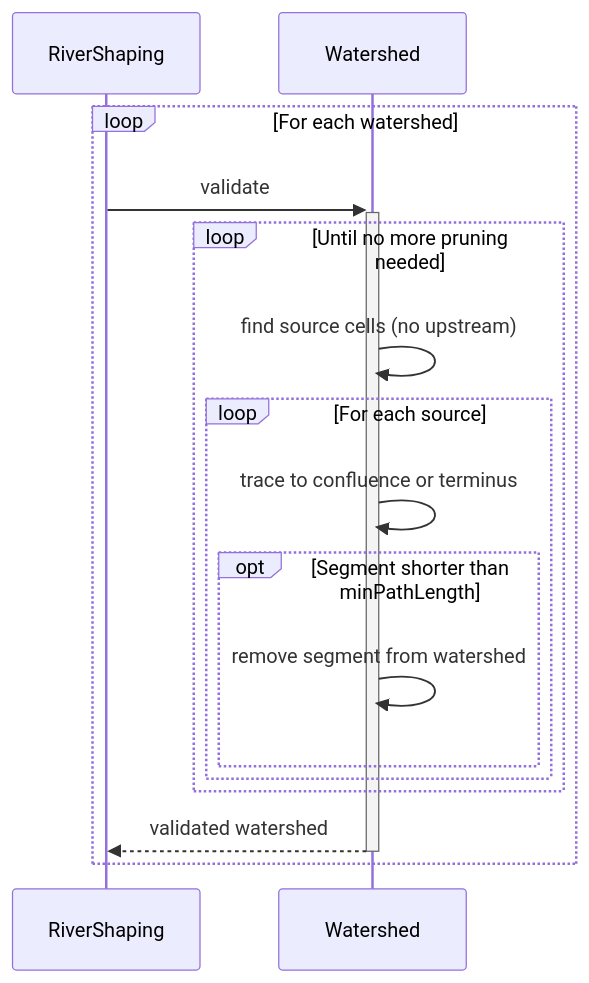
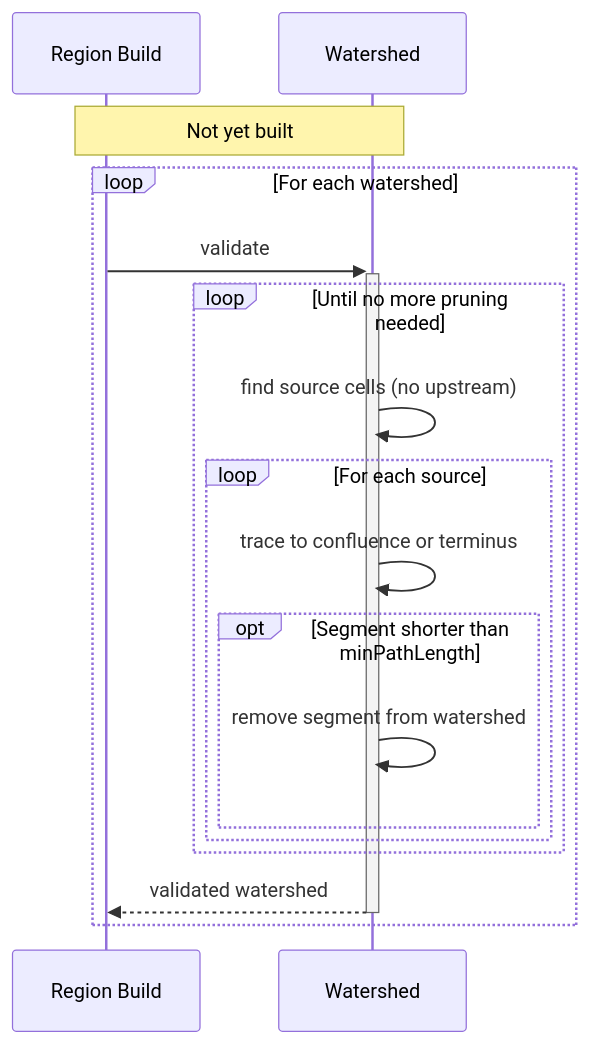
Diagram 15 of 22 in docs/features/rivers/Rough Diagrams.md (SoSly/RiverTale), drawn with Mermaid before and after one commit. The commit also changed other lines of this file and 33 other files, not shown here.

Commit message:
docs: replace stale feature docs with an accurate rough diagrams map

````diff
--- a/docs/features/rivers/Rough Diagrams.md
+++ b/docs/features/rivers/Rough Diagrams.md
@@ -354,21 +482,23 @@
 ```mermaid
 sequenceDiagram
-    participant RiverShaping
+    participant Build as Region Build
     participant Watershed
 
+    Note over Build,Watershed: Not yet built
+
     loop For each watershed
-        RiverShaping ->>+ Watershed: validate
+        Build ->>+ Watershed: validate
 
         loop Until no more pruning needed
             Watershed ->> Watershed: find source cells (no upstream)
             loop For each source
                 Watershed ->> Watershed: trace to confluence or terminus
                 opt Segment shorter than minPathLength
                     Watershed ->> Watershed: remove segment from watershed
                 end
             end
         end
 
-        Watershed -->>- RiverShaping: validated watershed
+        Watershed -->>- Build: validated watershed
     end
 ```
````
